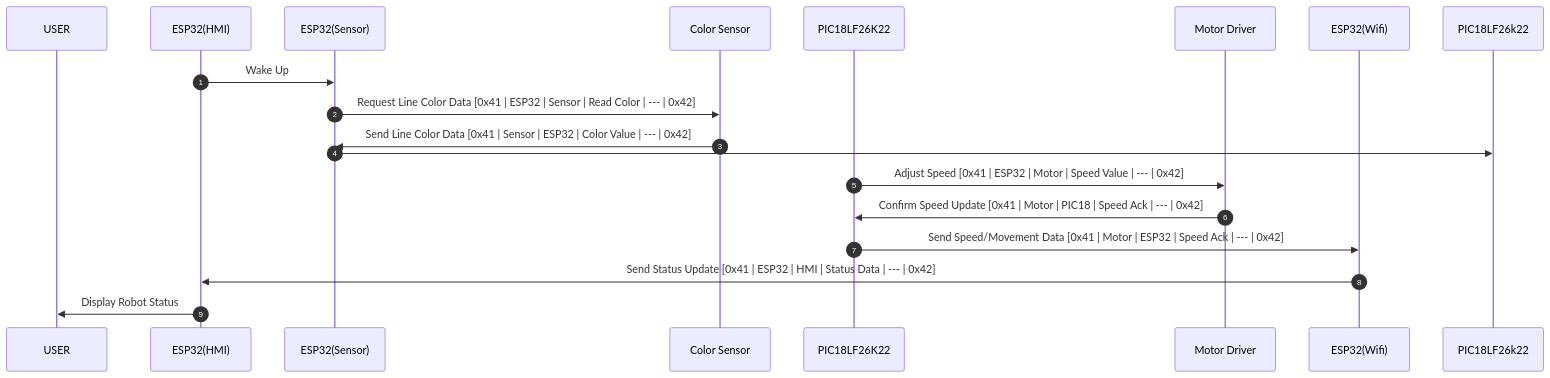
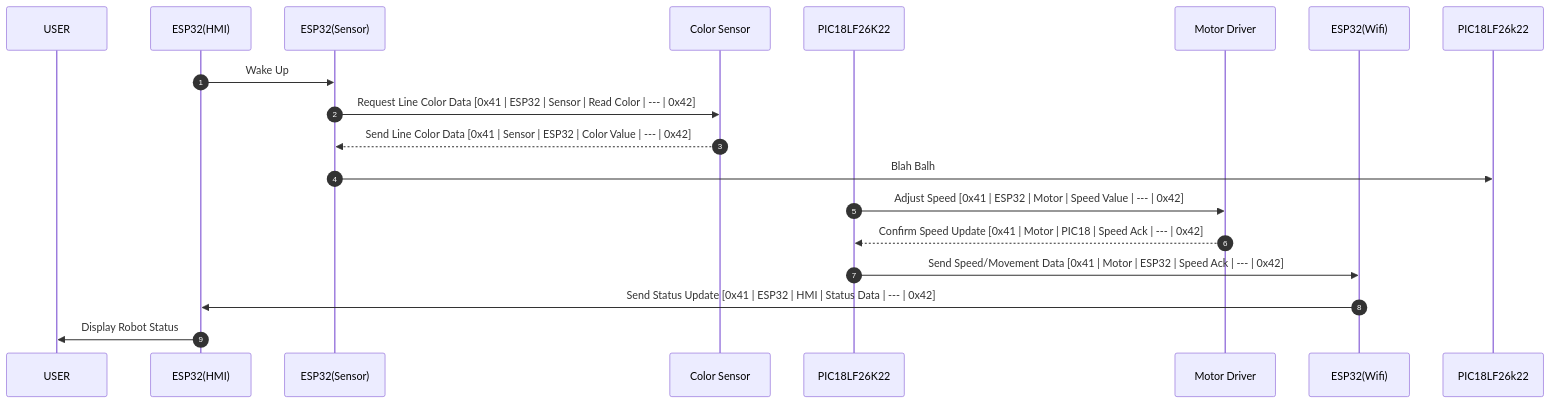
Before and after one commit to ASU-EGR314-2025-S-305/ASU-EGR314-2025-S-305.github.io: the second of 2 diagrams in docs/Block-Diagram.md, drawn with Mermaid. The commit also changed other lines of this file, not shown here.

````diff
--- a/docs/Block-Diagram.md
+++ b/docs/Block-Diagram.md
@@ -126,24 +126,21 @@
 ```mermaid
 sequenceDiagram
     autonumber
     participant USER
     participant ESP32(HMI)
     participant ESP32(Sensor)
     participant Color Sensor
     participant PIC18LF26K22
     participant Motor Driver
     participant ESP32(Wifi)
 
     ESP32(HMI)->>ESP32(Sensor): Wake Up
-
     ESP32(Sensor)->>Color Sensor: Request Line Color Data [0x41 | ESP32 | Sensor | Read Color | --- | 0x42]
-    Color Sensor->>ESP32(Sensor): Send Line Color Data [0x41 | Sensor | ESP32 | Color Value | --- | 0x42]
-    ESP32(Sensor)->>PIC18LF26k22:
-
+    Color Sensor-->>ESP32(Sensor): Send Line Color Data [0x41 | Sensor | ESP32 | Color Value | --- | 0x42]
+    ESP32(Sensor)->>PIC18LF26k22: Blah Balh
     PIC18LF26K22->>Motor Driver: Adjust Speed [0x41 | ESP32 | Motor | Speed Value | --- | 0x42]
-    Motor Driver->>PIC18LF26K22: Confirm Speed Update [0x41 | Motor | PIC18 | Speed Ack | --- | 0x42]
+    Motor Driver-->>PIC18LF26K22: Confirm Speed Update [0x41 | Motor | PIC18 | Speed Ack | --- | 0x42]
     PIC18LF26K22->>ESP32(Wifi): Send Speed/Movement Data [0x41 | Motor | ESP32 | Speed Ack | --- | 0x42]
-
     ESP32(Wifi)->>ESP32(HMI): Send Status Update [0x41 | ESP32 | HMI | Status Data | --- | 0x42]
     ESP32(HMI)->>USER: Display Robot Status
 ```
````
